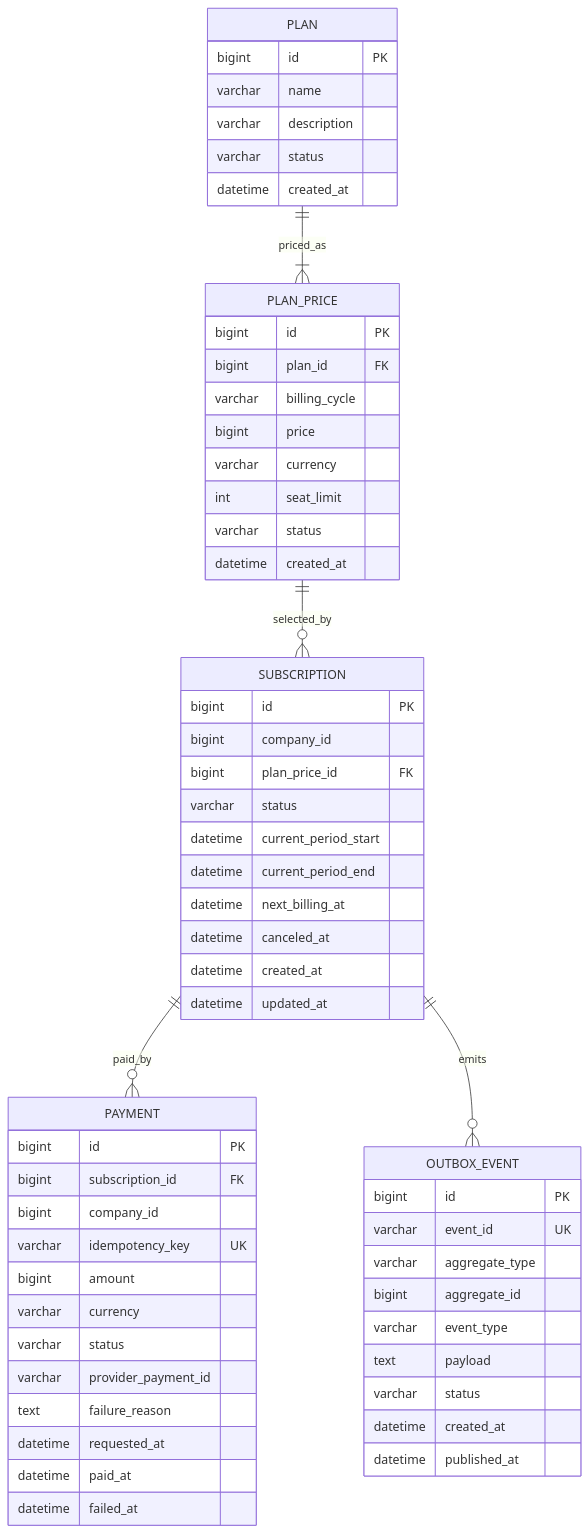
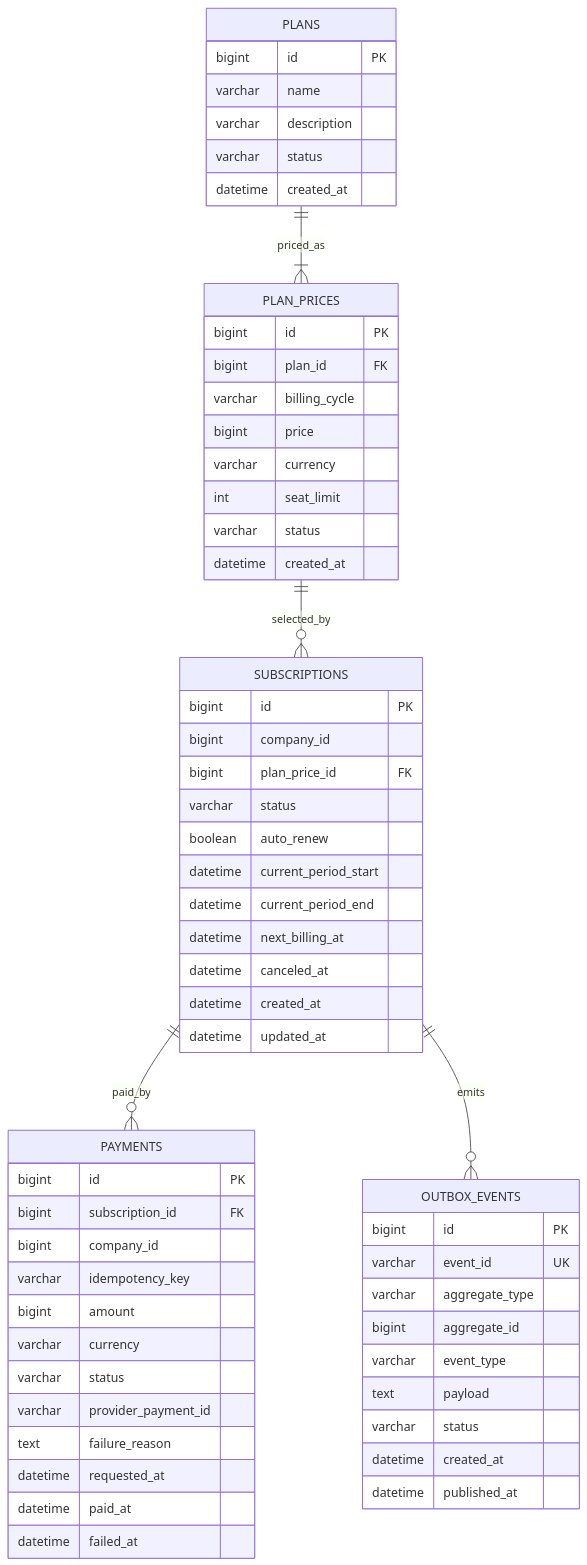
Before and after one commit to skala-msa-team/linguaroute-msa: the sixth of 6 diagrams in docs/erd.md, drawn with Mermaid. The commit also changed other lines of this file and 38 other files, not shown here.

````diff
--- a/docs/erd.md
+++ b/docs/erd.md
@@ -311,67 +313,68 @@
 ```mermaid
 erDiagram
-    PLAN ||--|{ PLAN_PRICE : priced_as
-    PLAN_PRICE ||--o{ SUBSCRIPTION : selected_by
-    SUBSCRIPTION ||--o{ PAYMENT : paid_by
-    SUBSCRIPTION ||--o{ OUTBOX_EVENT : emits
+    PLANS ||--|{ PLAN_PRICES : priced_as
+    PLAN_PRICES ||--o{ SUBSCRIPTIONS : selected_by
+    SUBSCRIPTIONS ||--o{ PAYMENTS : paid_by
+    SUBSCRIPTIONS ||--o{ OUTBOX_EVENTS : emits
 
-    PLAN {
+    PLANS {
         bigint id PK
         varchar name
         varchar description
         varchar status
         datetime created_at
     }
 
-    PLAN_PRICE {
+    PLAN_PRICES {
         bigint id PK
         bigint plan_id FK
         varchar billing_cycle
         bigint price
         varchar currency
         int seat_limit
         varchar status
         datetime created_at
     }
 
-    SUBSCRIPTION {
+    SUBSCRIPTIONS {
         bigint id PK
         bigint company_id
         bigint plan_price_id FK
         varchar status
+        boolean auto_renew
         datetime current_period_start
         datetime current_period_end
         datetime next_billing_at
         datetime canceled_at
         datetime created_at
         datetime updated_at
     }
 
-    PAYMENT {
+    PAYMENTS {
         bigint id PK
         bigint subscription_id FK
         bigint company_id
-        varchar idempotency_key UK
+        varchar idempotency_key
         bigint amount
         varchar currency
         varchar status
         varchar provider_payment_id
         text failure_reason
         datetime requested_at
         datetime paid_at
         datetime failed_at
     }
 
-    OUTBOX_EVENT {
+    OUTBOX_EVENTS {
         bigint id PK
         varchar event_id UK
         varchar aggregate_type
         bigint aggregate_id
         varchar event_type
         text payload
         varchar status
         datetime created_at
         datetime published_at
     }
 
 ```
````
